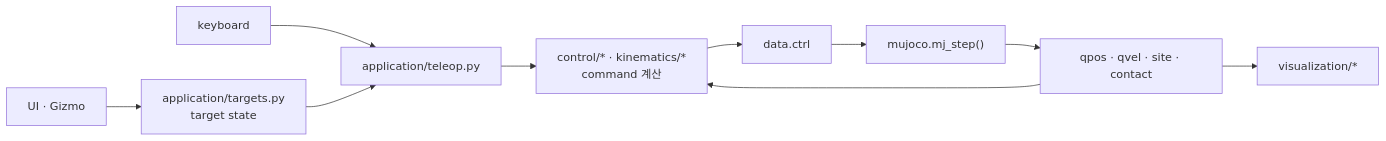
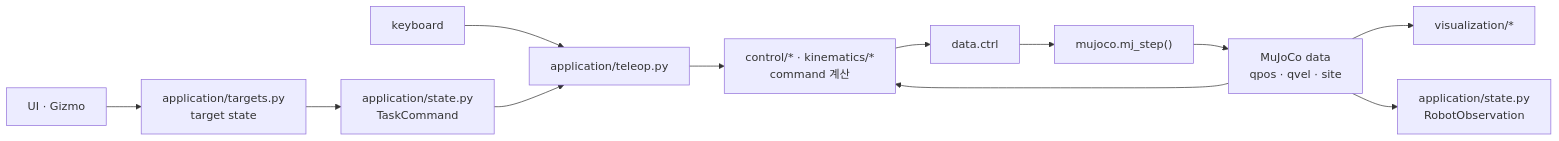
Before and after one commit to Geonhee-LEE/aiworker-mj-lab: the first of 3 diagrams in docs/overview.md, drawn with Mermaid. The commit also changed other lines of this file and 18 other files, not shown here.

````diff
--- a/docs/overview.md
+++ b/docs/overview.md
@@ -19,12 +19,14 @@
 ```mermaid
 flowchart LR
     KEY["keyboard"] --> APP["application/teleop.py"]
     INPUT["UI · Gizmo"] --> TARGET["application/targets.py<br>target state"]
-    TARGET --> APP
+    TARGET --> TASK["application/state.py<br>TaskCommand"]
+    TASK --> APP
     APP --> SOLVE["control/* · kinematics/*<br>command 계산"]
     SOLVE --> CTRL["data.ctrl"]
     CTRL --> STEP["mujoco.mj_step()"]
-    STEP --> STATE["qpos · qvel · site · contact"]
-    STATE --> SOLVE
-    STATE --> VIEW["visualization/*"]
+    STEP --> MJSTATE["MuJoCo data<br>qpos · qvel · site"]
+    MJSTATE --> SOLVE
+    MJSTATE --> VIEW["visualization/*"]
+    MJSTATE --> STATE["application/state.py<br>RobotObservation"]
 ```
````
